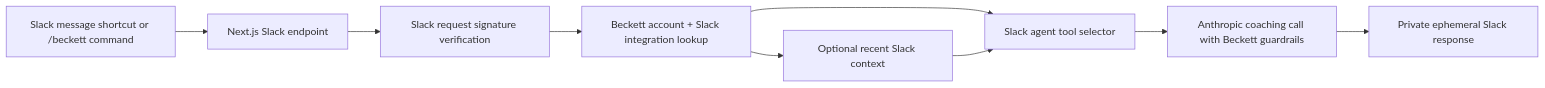
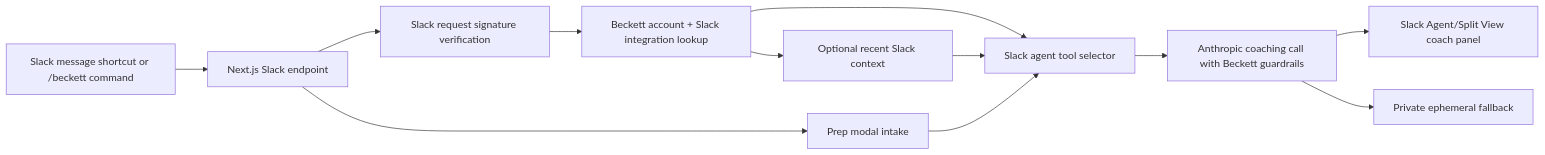
One commit to sloane-oxleybarnes/Beckett-Web changed the diagram in docs/slack-hackathon-submission.md. Above: the diagram before and after it, drawn with Mermaid. The commit also changed other lines of this file and 9 other files, not shown here.

Commit message:
Add Slack prep modal and agent events

````diff
--- a/docs/slack-hackathon-submission.md
+++ b/docs/slack-hackathon-submission.md
@@ -59,11 +60,14 @@
 ```mermaid
 flowchart LR
   A["Slack message shortcut or /beckett command"] --> B["Next.js Slack endpoint"]
   B --> C["Slack request signature verification"]
   C --> D["Beckett account + Slack integration lookup"]
   D --> E["Slack agent tool selector"]
   E --> F["Anthropic coaching call with Beckett guardrails"]
-  F --> G["Private ephemeral Slack response"]
+  F --> G["Slack Agent/Split View coach panel"]
+  F --> I["Private ephemeral fallback"]
   D --> H["Optional recent Slack context"]
   H --> E
+  B --> J["Prep modal intake"]
+  J --> E
 ```
````
